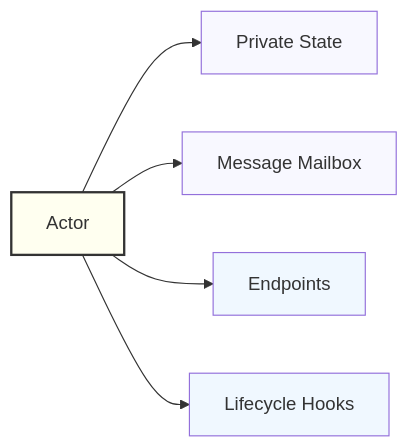
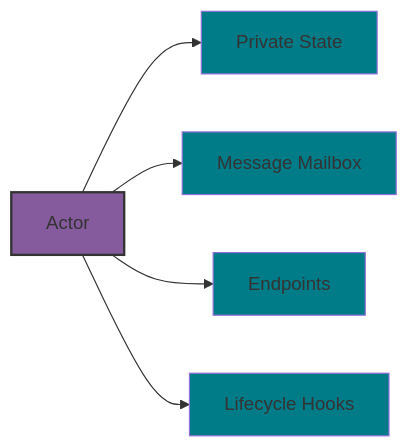
One commit to AlirezaShamsoshoara/monarch changed the first of 11 diagrams in docs/ACTORS.md. Above: the diagram before and after it, drawn with Mermaid.

Commit message:
update the color for the core characteristics

````diff
--- a/docs/ACTORS.md
+++ b/docs/ACTORS.md
@@ -33,13 +33,13 @@
 ```mermaid
 graph LR
     A[Actor] --> B[Private State]
     A --> C[Message Mailbox]
     A --> D[Endpoints]
     A --> E[Lifecycle Hooks]
 
-    style A fill:#FFFFF0,stroke:#333,stroke-width:2px
-    style B fill:#F8F8FF
-    style C fill:#F8F8FF
-    style D fill:#F0F8FF
-    style E fill:#F0F8FF
+    style A fill:#855b9d,stroke:#333,stroke-width:2px
+    style B fill:#007c88
+    style C fill:#007c88
+    style D fill:#007c88
+    style E fill:#007c88
 ```
````
